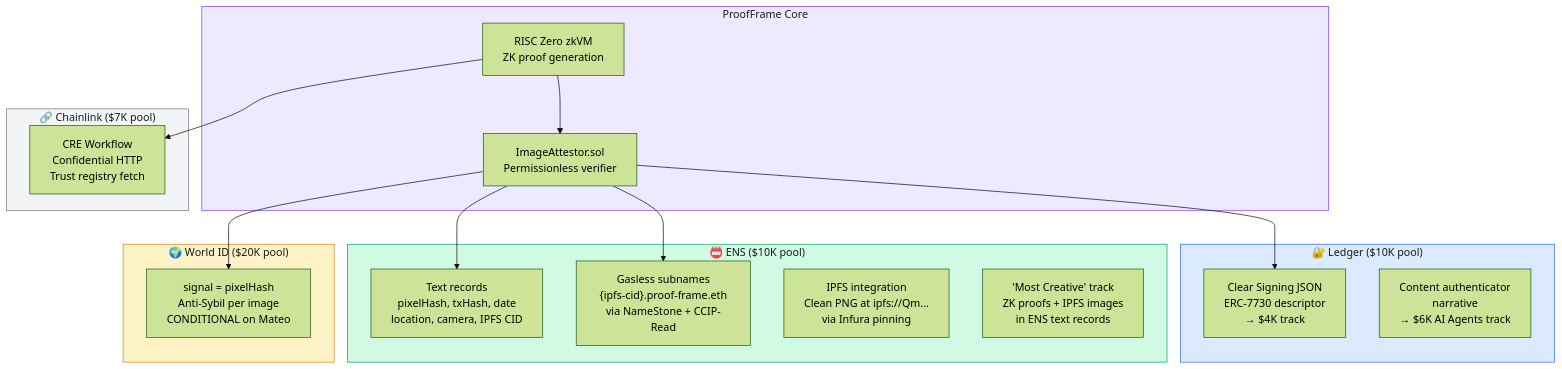
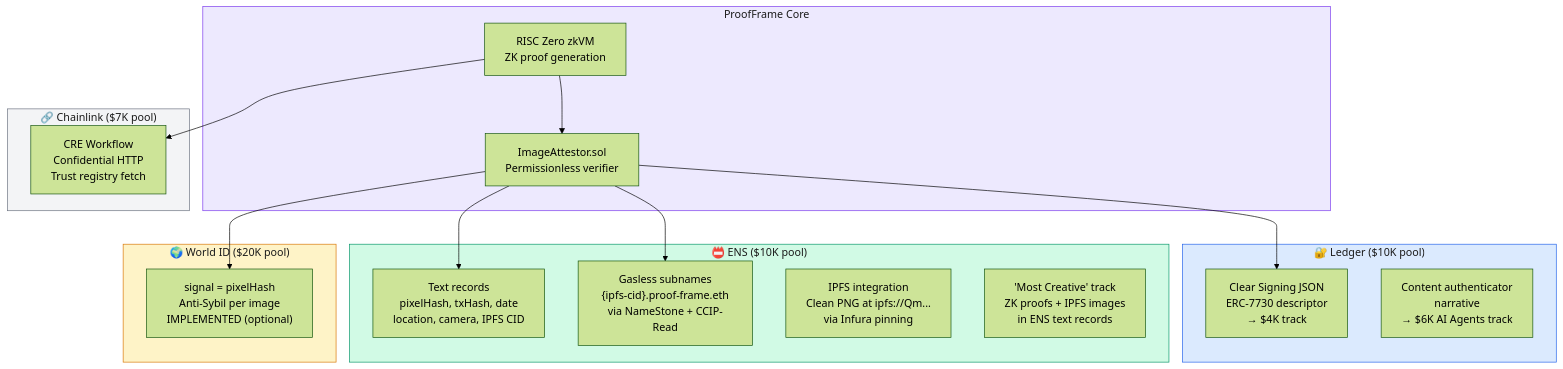
One commit to pycckuu/proof-frame changed the eighth of 13 diagrams in docs/DIAGRAMS.md. Above: the diagram before and after it, drawn with Mermaid (forest theme). The commit also changed other lines of this file and 16 other files, not shown here.

````diff
--- a/docs/DIAGRAMS.md
+++ b/docs/DIAGRAMS.md
@@ -316,40 +316,40 @@
 ```mermaid
 graph TB
     subgraph CORE["ProofFrame Core"]
         ZK["RISC Zero zkVM<br/>ZK proof generation"]
         CONTRACT["ImageAttestor.sol<br/>Permissionless verifier"]
     end
 
     subgraph LEDGER["🔐 Ledger ($10K pool)"]
         LED_CS["Clear Signing JSON<br/>ERC-7730 descriptor<br/>→ $4K track"]
         LED_AI["Content authenticator<br/>narrative<br/>→ $6K AI Agents track"]
     end
 
     subgraph ENS_S["📛 ENS ($10K pool)"]
         ENS_TR["Text records<br/>pixelHash, txHash, date<br/>location, camera, IPFS CID"]
         ENS_SUB["Gasless subnames<br/>{ipfs-cid}.proof-frame.eth<br/>via NameStone + CCIP-Read"]
         ENS_IPFS["IPFS integration<br/>Clean PNG at ipfs://Qm...<br/>via Infura pinning"]
         ENS_NOTE["'Most Creative' track<br/>ZK proofs + IPFS images<br/>in ENS text records"]
     end
 
     subgraph CL["🔗 Chainlink ($7K pool)"]
         CRE["CRE Workflow<br/>Confidential HTTP<br/>Trust registry fetch"]
     end
 
     subgraph WID["🌍 World ID ($20K pool)"]
-        WID_P["signal = pixelHash<br/>Anti-Sybil per image<br/>CONDITIONAL on Mateo"]
+        WID_P["signal = pixelHash<br/>Anti-Sybil per image<br/>IMPLEMENTED (optional)"]
     end
 
     ZK --> CONTRACT
     CONTRACT --> LED_CS
     CONTRACT --> ENS_TR
     CONTRACT --> ENS_SUB
     ZK --> CRE
     CONTRACT --> WID_P
 
     style CORE fill:#ede9fe,stroke:#7c3aed,color:#1a1a1a
     style LEDGER fill:#dbeafe,stroke:#2563eb,color:#1a1a1a
     style ENS_S fill:#d1fae5,stroke:#059669,color:#1a1a1a
     style CL fill:#f3f4f6,stroke:#6b7280,color:#1a1a1a
     style WID fill:#fef3c7,stroke:#d97706,color:#1a1a1a
 ```
````
